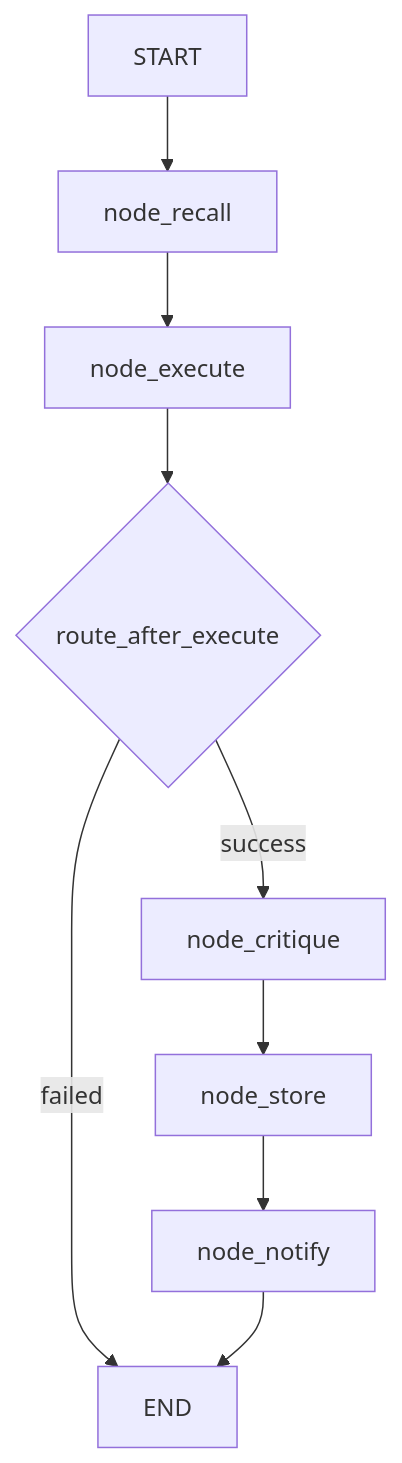
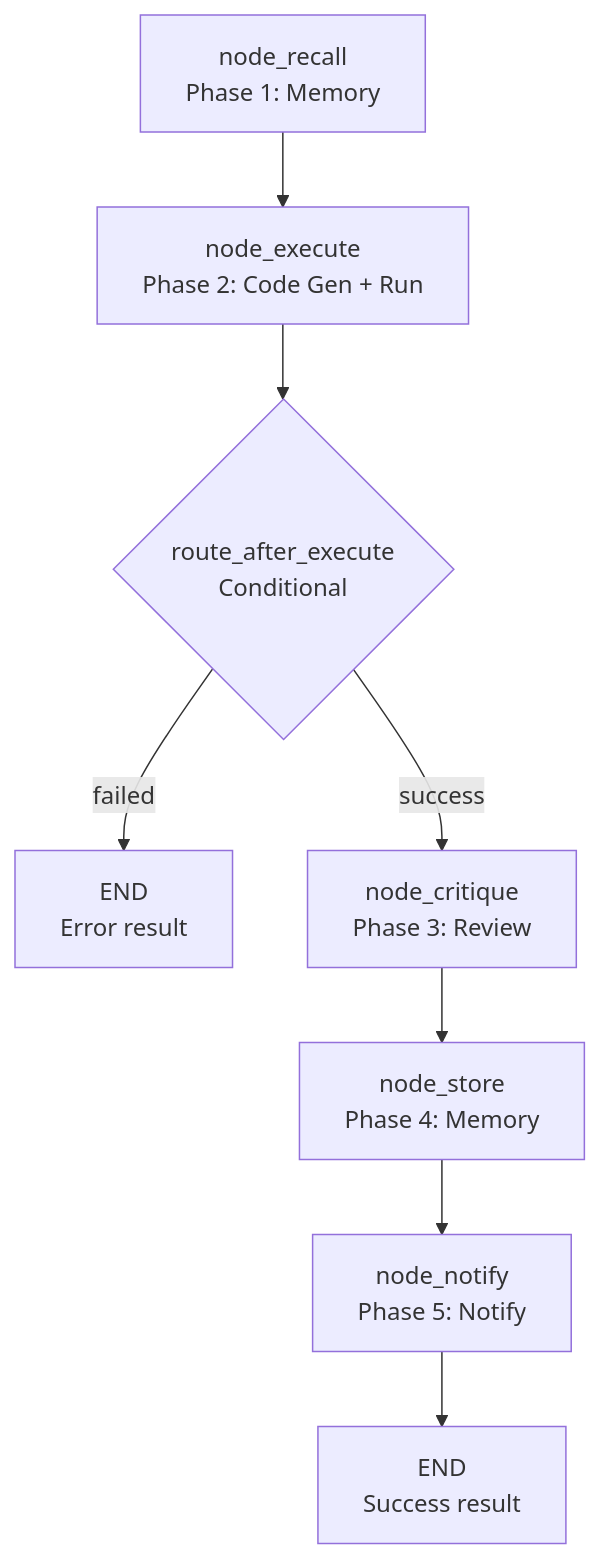
Before and after one commit to brunogcar/agent: the diagram in docs/workflows/DATA.md, drawn with Mermaid. The commit also changed other lines of this file and 6 other files, not shown here.

````diff
--- a/docs/workflows/DATA.md
+++ b/docs/workflows/DATA.md
@@ -56,11 +55,10 @@
 ```mermaid
 graph TD
- A["START"] --> B["node_recall"]
- B --> C["node_execute"]
- C --> D{"route_after_execute"}
- D -->|success| E["node_critique"]
- D -->|failed| END
- E --> F["node_store"]
- F --> G["node_notify"]
- G --> END
+    A["node_recall<br/>Phase 1: Memory"] --> B["node_execute<br/>Phase 2: Code Gen + Run"]
+    B --> C{"route_after_execute<br/>Conditional"}
+    C -->|failed| D["END<br/>Error result"]
+    C -->|success| E["node_critique<br/>Phase 3: Review"]
+    E --> F["node_store<br/>Phase 4: Memory"]
+    F --> G["node_notify<br/>Phase 5: Notify"]
+    G --> H["END<br/>Success result"]
 ```
````
